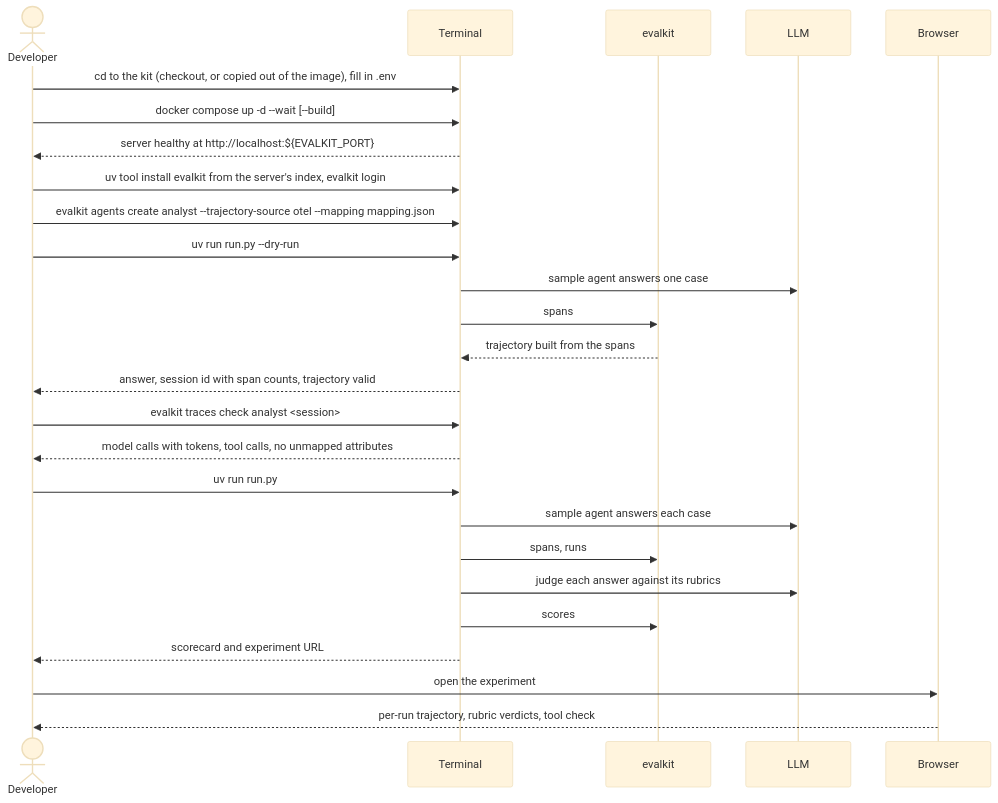
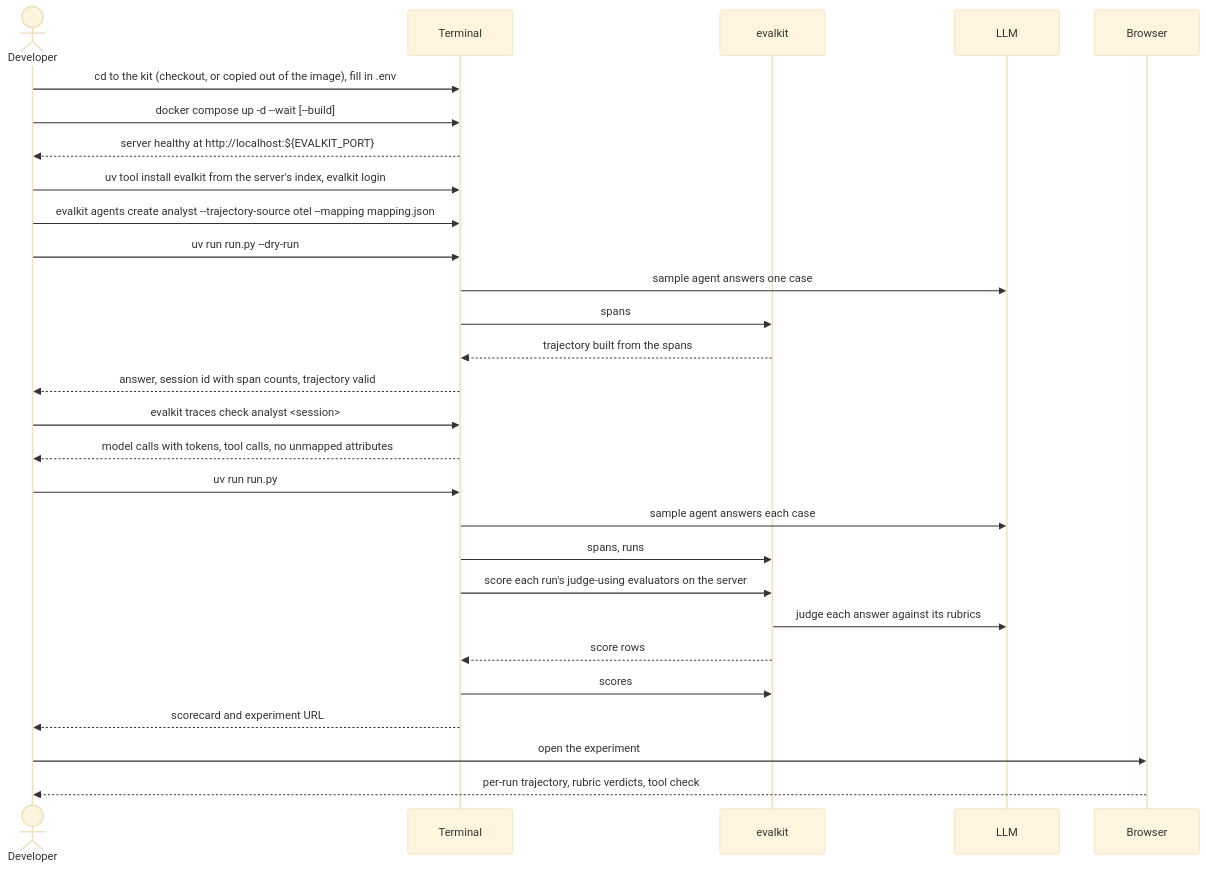
One commit to inferedge-ai/evalkit changed the diagram in docs/flows/18-try-it-stack.md. Above: the diagram before and after it, drawn with Mermaid (base theme). The commit also changed other lines of this file and 88 other files, not shown here.

First line of the commit message:
Server judge by default for local and SDK runs; bring your own key optional (#85)

````diff
--- a/docs/flows/18-try-it-stack.md
+++ b/docs/flows/18-try-it-stack.md
@@ -18,29 +18,31 @@
 ```mermaid
 sequenceDiagram
   actor D as Developer
   participant T as Terminal
   participant E as evalkit
   participant L as LLM
   participant B as Browser
 
   D->>T: cd to the kit (checkout, or copied out of the image), fill in .env
   D->>T: docker compose up -d --wait [--build]
   T-->>D: server healthy at http://localhost:${EVALKIT_PORT}
   D->>T: uv tool install evalkit from the server's index, evalkit login
   D->>T: evalkit agents create analyst --trajectory-source otel --mapping mapping.json
   D->>T: uv run run.py --dry-run
   T->>L: sample agent answers one case
   T->>E: spans
   E-->>T: trajectory built from the spans
   T-->>D: answer, session id with span counts, trajectory valid
   D->>T: evalkit traces check analyst <session>
   T-->>D: model calls with tokens, tool calls, no unmapped attributes
   D->>T: uv run run.py
   T->>L: sample agent answers each case
   T->>E: spans, runs
-  T->>L: judge each answer against its rubrics
+  T->>E: score each run's judge-using evaluators on the server
+  E->>L: judge each answer against its rubrics
+  E-->>T: score rows
   T->>E: scores
   T-->>D: scorecard and experiment URL
   D->>B: open the experiment
   B-->>D: per-run trajectory, rubric verdicts, tool check
 ```
````
